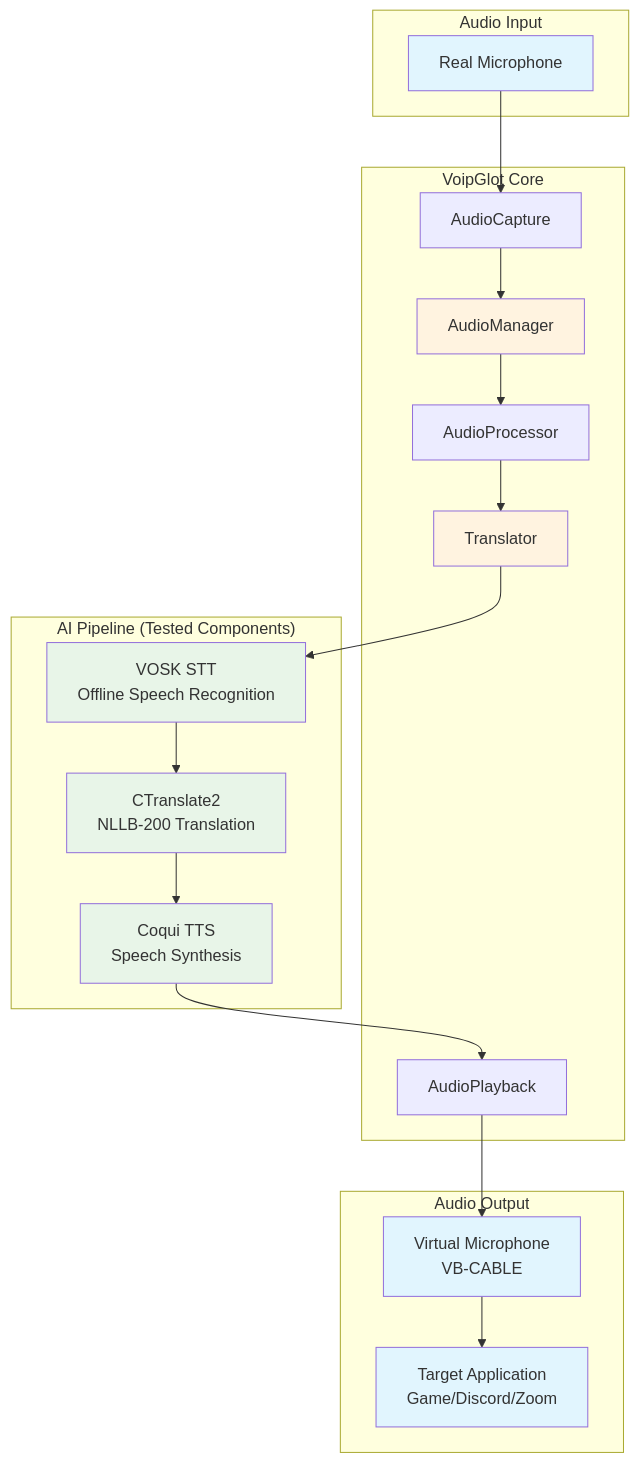
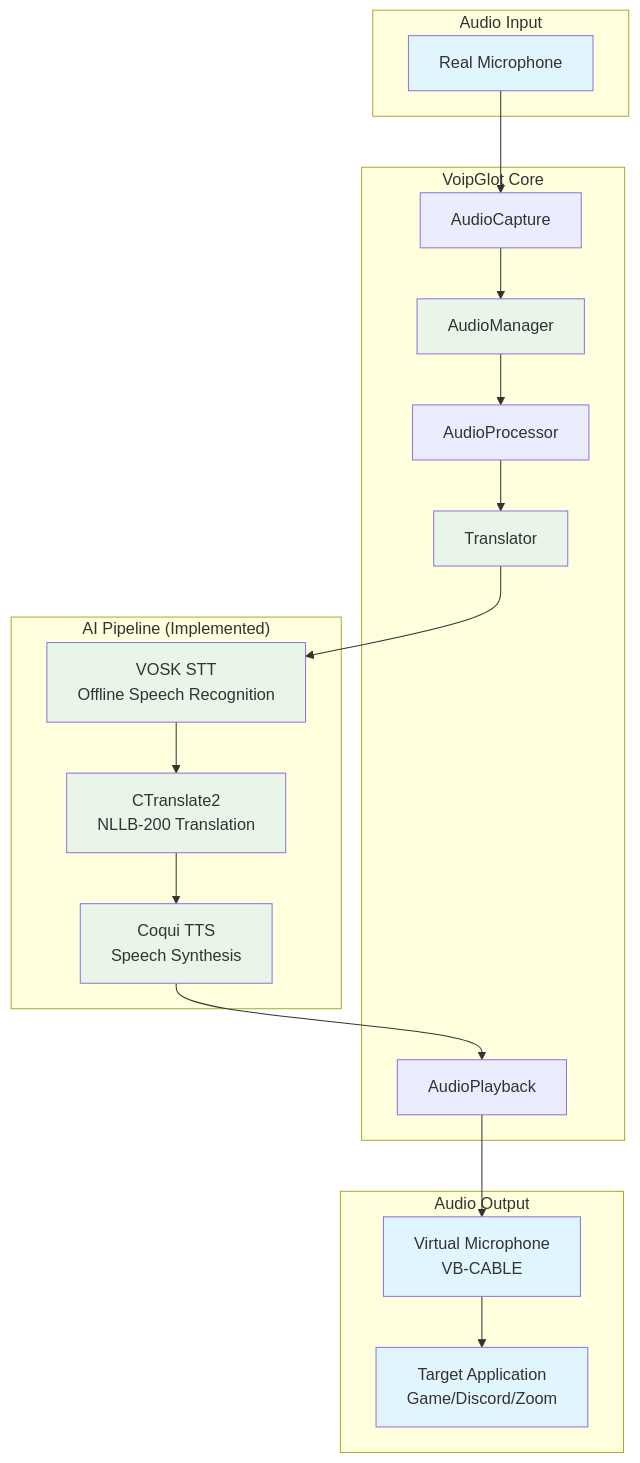
One commit to irakr/voipglot-win changed the first of 4 diagrams in docs/architecture.md. Above: the diagram before and after it, drawn with Mermaid. The commit also changed other lines of this file and 1 other file, not shown here.

````diff
--- a/docs/architecture.md
+++ b/docs/architecture.md
@@ -5,45 +5,45 @@
 ```mermaid
 graph TB
     subgraph "Audio Input"
         MIC[Real Microphone]
     end
     
     subgraph "VoipGlot Core"
         AM[AudioManager]
         AC[AudioCapture]
         AP[AudioPlayback]
         AProc[AudioProcessor]
         TR[Translator]
     end
     
-    subgraph "AI Pipeline (Tested Components)"
+    subgraph "AI Pipeline (Implemented)"
         STT[VOSK STT<br/>Offline Speech Recognition]
         TRANS[CTranslate2<br/>NLLB-200 Translation]
         TTS[Coqui TTS<br/>Speech Synthesis]
     end
     
     subgraph "Audio Output"
         VM[Virtual Microphone<br/>VB-CABLE]
         APP[Target Application<br/>Game/Discord/Zoom]
     end
     
     MIC --> AC
     AC --> AM
     AM --> AProc
     AProc --> TR
     TR --> STT
     STT --> TRANS
     TRANS --> TTS
     TTS --> AP
     AP --> VM
     VM --> APP
     
     style MIC fill:#e1f5fe
     style VM fill:#e1f5fe
     style APP fill:#e1f5fe
-    style AM fill:#fff3e0
-    style TR fill:#fff3e0
+    style AM fill:#e8f5e8
+    style TR fill:#e8f5e8
     style STT fill:#e8f5e8
     style TRANS fill:#e8f5e8
     style TTS fill:#e8f5e8
 ```
````
